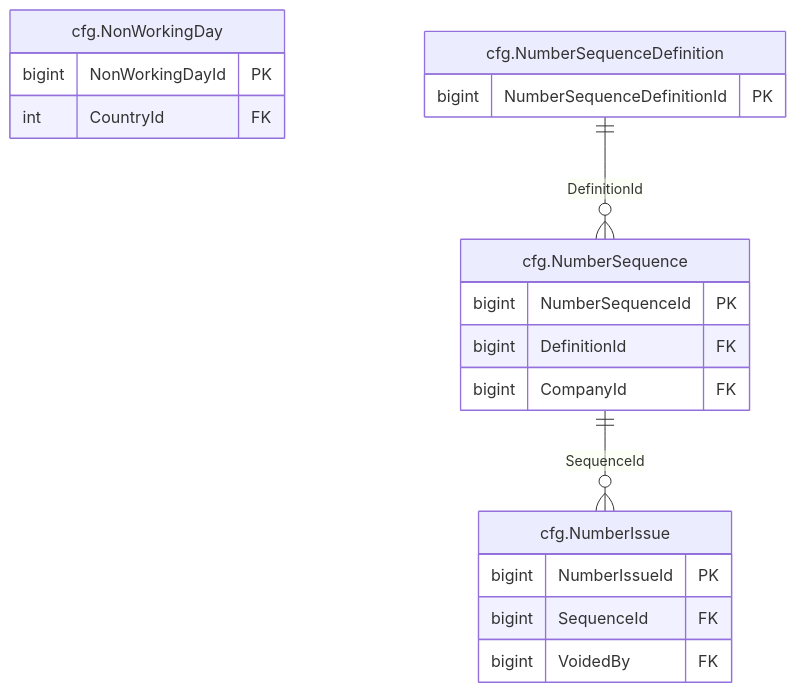
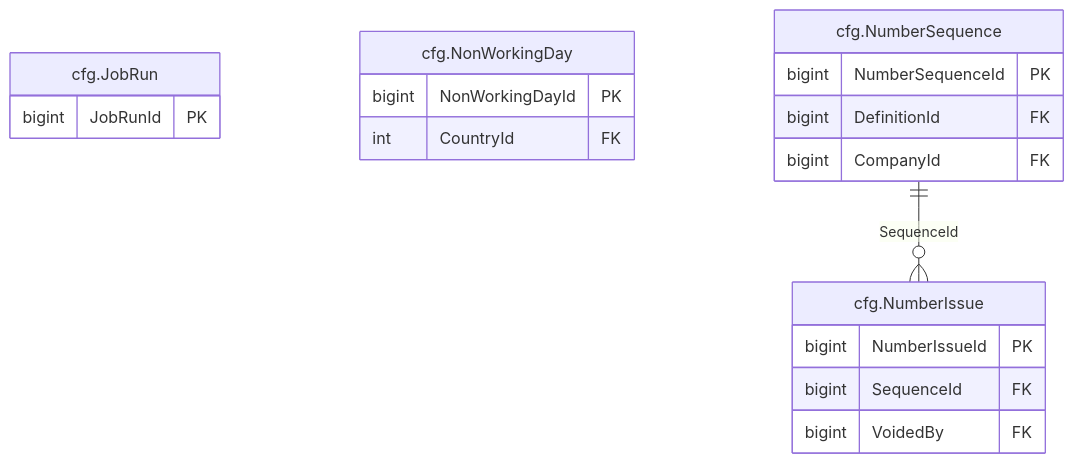
One commit to thawrasy/smartlines changed the diagram in treasury-platform/docs/diagrams/erd/m0_config_2.mmd. Above: the diagram before and after it, drawn with Mermaid. The commit also changed 159 other files, not shown here.

```diff
--- a/treasury-platform/docs/diagrams/erd/m0_config_2.mmd
+++ b/treasury-platform/docs/diagrams/erd/m0_config_2.mmd
@@ -1,21 +1,20 @@
-%% م0 · الإعدادات والمهام الخلفية (2/3) — Configuration & background jobs
+%% م0 · الإعدادات والمهام الخلفية (2/4) — Configuration & background jobs
 erDiagram
+  cfg_JobRun["cfg.JobRun"] {
+    bigint JobRunId PK
+  }
   cfg_NonWorkingDay["cfg.NonWorkingDay"] {
     bigint NonWorkingDayId PK
     int CountryId FK
   }
   cfg_NumberIssue["cfg.NumberIssue"] {
     bigint NumberIssueId PK
     bigint SequenceId FK
     bigint VoidedBy FK
   }
   cfg_NumberSequence["cfg.NumberSequence"] {
     bigint NumberSequenceId PK
     bigint DefinitionId FK
     bigint CompanyId FK
   }
-  cfg_NumberSequenceDefinition["cfg.NumberSequenceDefinition"] {
-    bigint NumberSequenceDefinitionId PK
-  }
   cfg_NumberSequence ||--o{ cfg_NumberIssue : "SequenceId"
-  cfg_NumberSequenceDefinition ||--o{ cfg_NumberSequence : "DefinitionId"
```
